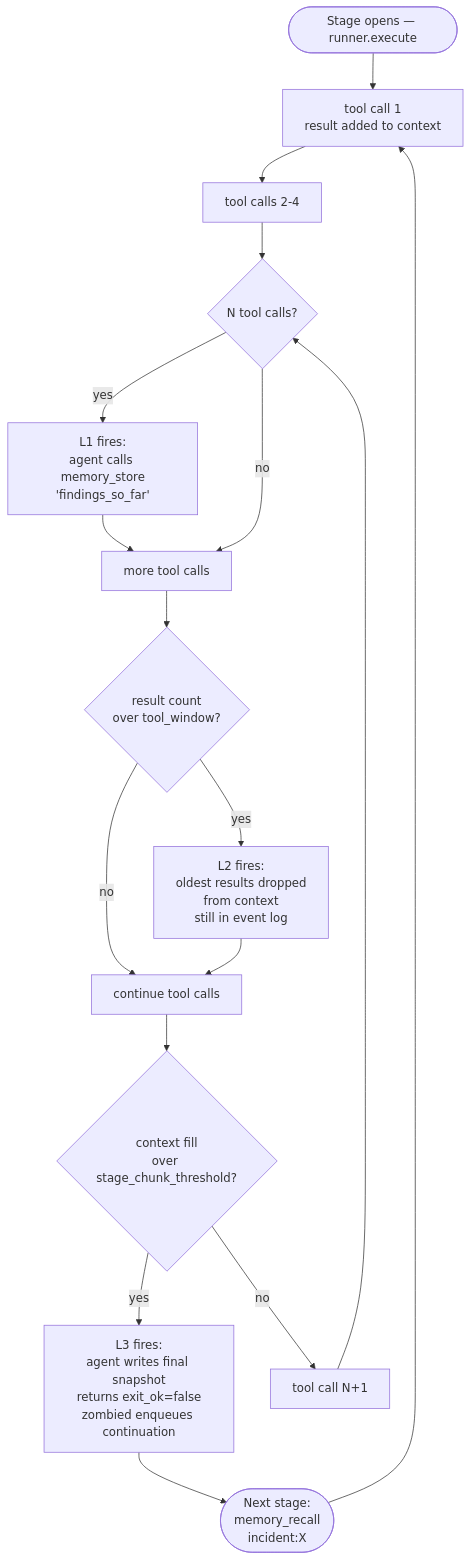
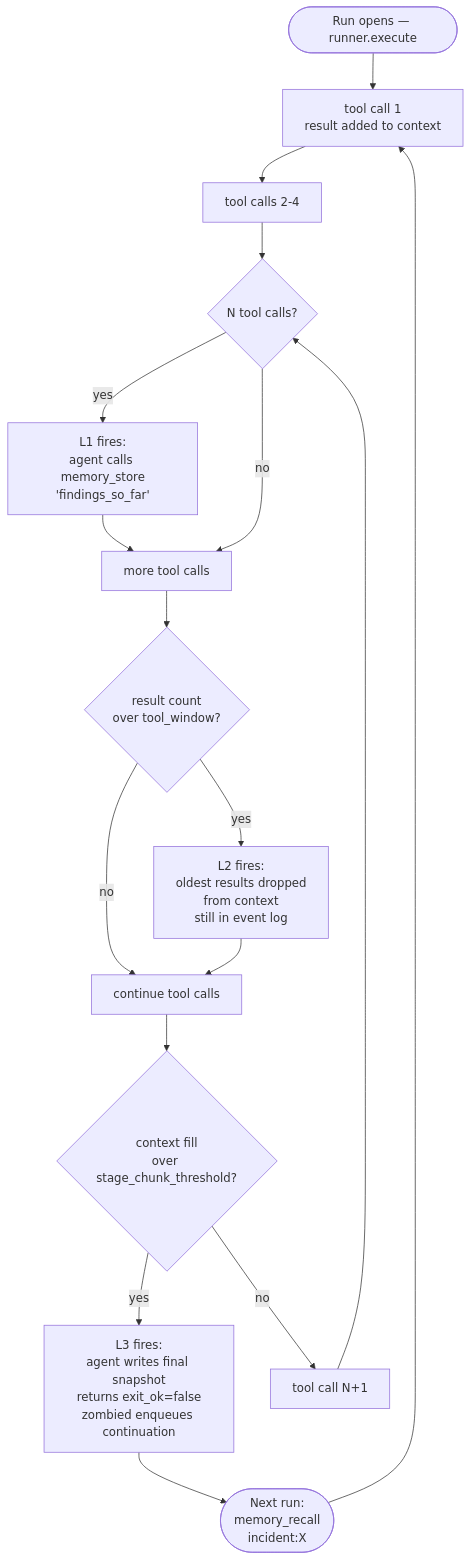
The diagram in docs/architecture/capabilities.md (usezombie/usezombie), drawn with Mermaid before and after one commit. The commit also changed other lines of this file and 14 other files, not shown here.

First line of the commit message:
docs(m80_010): rename stage→run vocabulary in architecture + UZ-EXEC-002

````diff
--- a/docs/architecture/capabilities.md
+++ b/docs/architecture/capabilities.md
@@ -104,19 +104,19 @@
 ```mermaid
 flowchart TD
-    Start([Stage opens — runner.execute]) --> Tool1[tool call 1<br/>result added to context]
+    Start([Run opens — runner.execute]) --> Tool1[tool call 1<br/>result added to context]
     Tool1 --> Tool2[tool calls 2-4]
     Tool2 --> L1{N tool calls?}
     L1 -->|yes| Checkpoint[L1 fires:<br/>agent calls memory_store<br/>'findings_so_far']
     Checkpoint --> Tool3[more tool calls]
     L1 -->|no| Tool3
     Tool3 --> L2{result count<br/>over tool_window?}
     L2 -->|yes| Drop[L2 fires:<br/>oldest results dropped<br/>from context<br/>still in event log]
     L2 -->|no| Fill
     Drop --> Fill[continue tool calls]
     Fill --> L3{context fill<br/>over stage_chunk_threshold?}
     L3 -->|yes| Chunk[L3 fires:<br/>agent writes final snapshot<br/>returns exit_ok=false<br/>zombied enqueues continuation]
     L3 -->|no| Tool4[tool call N+1]
     Tool4 --> L1
-    Chunk --> NextStage([Next stage:<br/>memory_recall<br/>incident:X])
+    Chunk --> NextStage([Next run:<br/>memory_recall<br/>incident:X])
     NextStage --> Tool1
 ```
````
